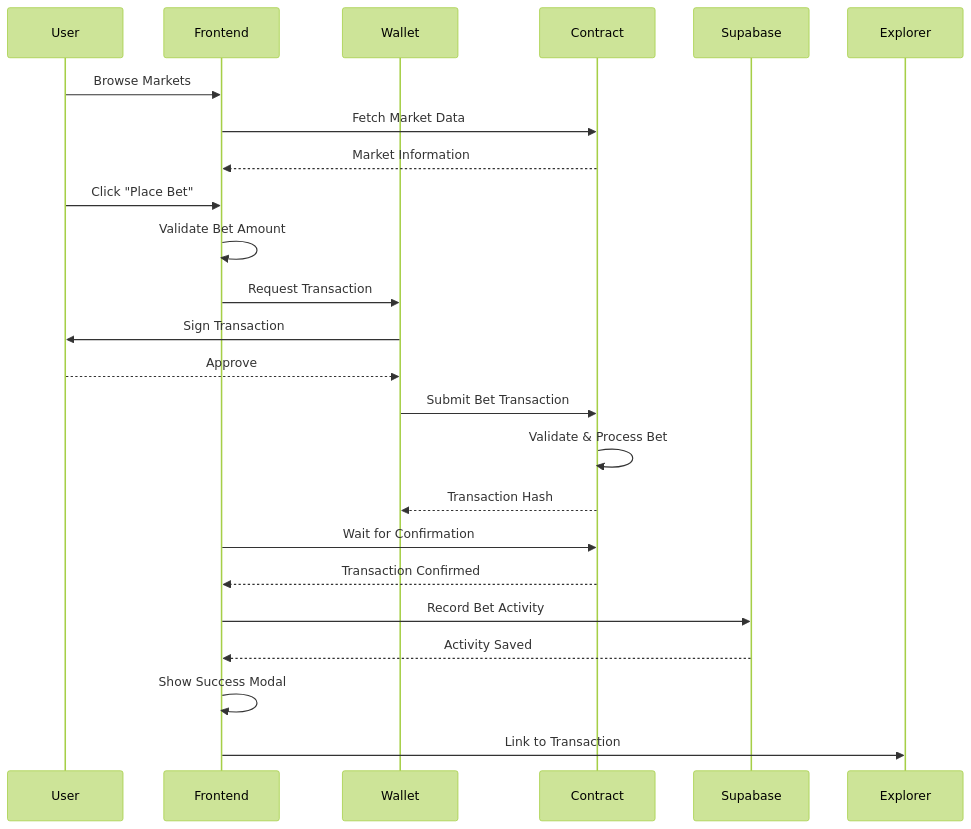
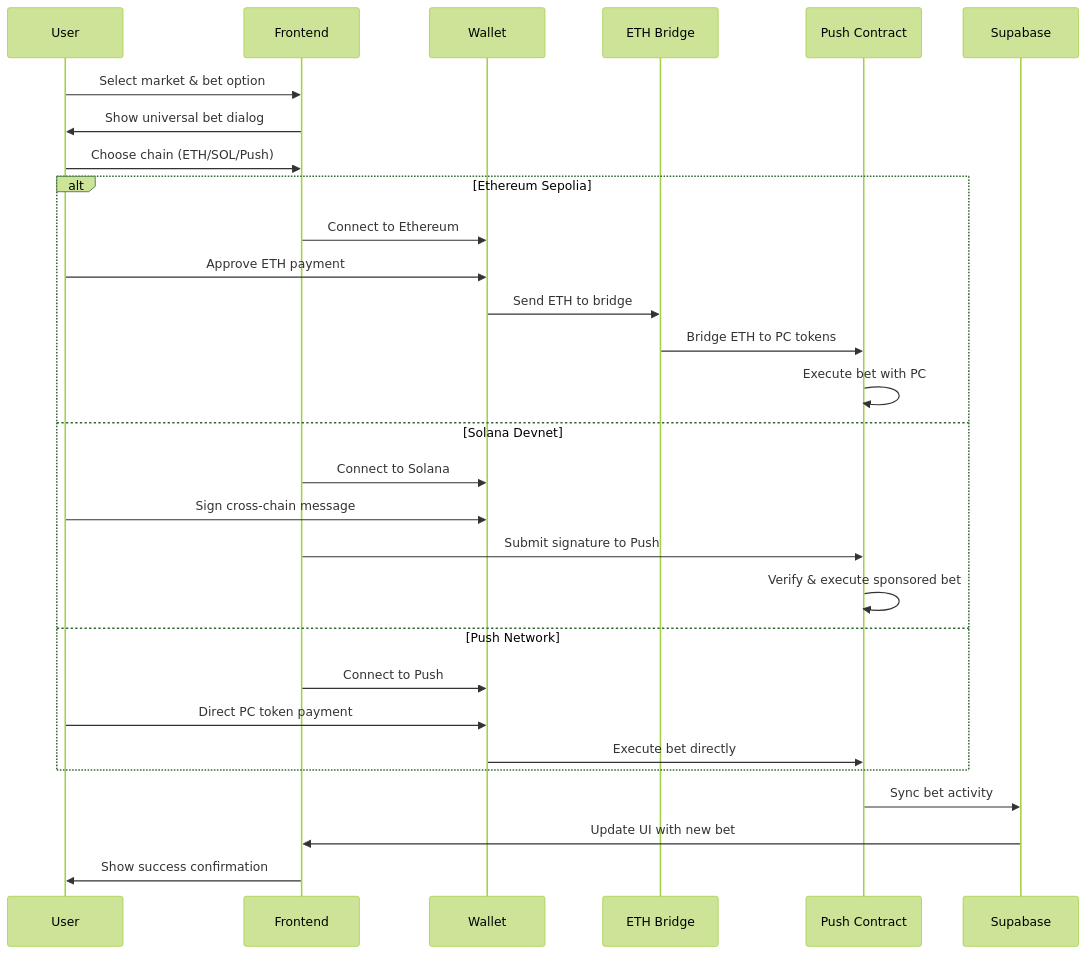
Before and after one commit to enliven17/push-predict: the second of 10 diagrams in diagrams.md, drawn with Mermaid (forest theme). The commit also changed other lines of this file and 19 other files, not shown here.

````diff
--- a/diagrams.md
+++ b/diagrams.md
@@ -48,32 +54,34 @@
 ```mermaid
 sequenceDiagram
-    participant User
-    participant Frontend
-    participant Wallet
-    participant Contract
-    participant Supabase
-    participant Explorer
+    participant U as User
+    participant F as Frontend
+    participant W as Wallet
+    participant B as ETH Bridge
+    participant P as Push Contract
+    participant S as Supabase
     
-    User->>Frontend: Browse Markets
-    Frontend->>Contract: Fetch Market Data
-    Contract-->>Frontend: Market Information
+    U->>F: Select market & bet option
+    F->>U: Show universal bet dialog
+    U->>F: Choose chain (ETH/SOL/Push)
     
-    User->>Frontend: Click "Place Bet"
-    Frontend->>Frontend: Validate Bet Amount
-    Frontend->>Wallet: Request Transaction
-    Wallet->>User: Sign Transaction
-    User-->>Wallet: Approve
+    alt Ethereum Sepolia
+        F->>W: Connect to Ethereum
+        U->>W: Approve ETH payment
+        W->>B: Send ETH to bridge
+        B->>P: Bridge ETH to PC tokens
+        P->>P: Execute bet with PC
+    else Solana Devnet
+        F->>W: Connect to Solana
+        U->>W: Sign cross-chain message
+        F->>P: Submit signature to Push
+        P->>P: Verify & execute sponsored bet
+    else Push Network
+        F->>W: Connect to Push
+        U->>W: Direct PC token payment
+        W->>P: Execute bet directly
+    end
     
-    Wallet->>Contract: Submit Bet Transaction
-    Contract->>Contract: Validate & Process Bet
-    Contract-->>Wallet: Transaction Hash
-    
-    Frontend->>Contract: Wait for Confirmation
-    Contract-->>Frontend: Transaction Confirmed
-    
-    Frontend->>Supabase: Record Bet Activity
-    Supabase-->>Frontend: Activity Saved
-    
-    Frontend->>Frontend: Show Success Modal
-    Frontend->>Explorer: Link to Transaction
+    P->>S: Sync bet activity
+    S->>F: Update UI with new bet
+    F->>U: Show success confirmation
 ```
````
